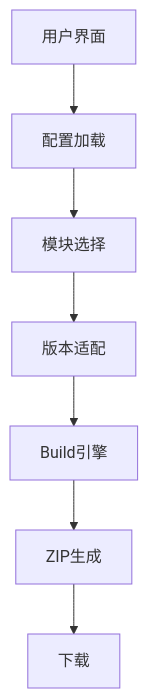
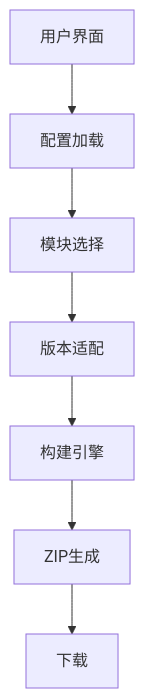
One commit to CR-019/datapack-index changed the diagram in en/feature/archive/202507/6/content.md. Above: the diagram before and after it, drawn with Mermaid. The commit also changed other lines of this file and 285 other files, not shown here.

````diff
--- a/en/feature/archive/202507/6/content.md
+++ b/en/feature/archive/202507/6/content.md
@@ -33,9 +38,9 @@
 ```mermaid
 graph TD
     A[用户界面] --> B[配置加载]
     B --> C[模块选择]
     C --> D[版本适配]
-    D --> E[Build引擎]
+    D --> E[构建引擎]
     E --> F[ZIP生成]
     F --> G[下载]
 ```
````
